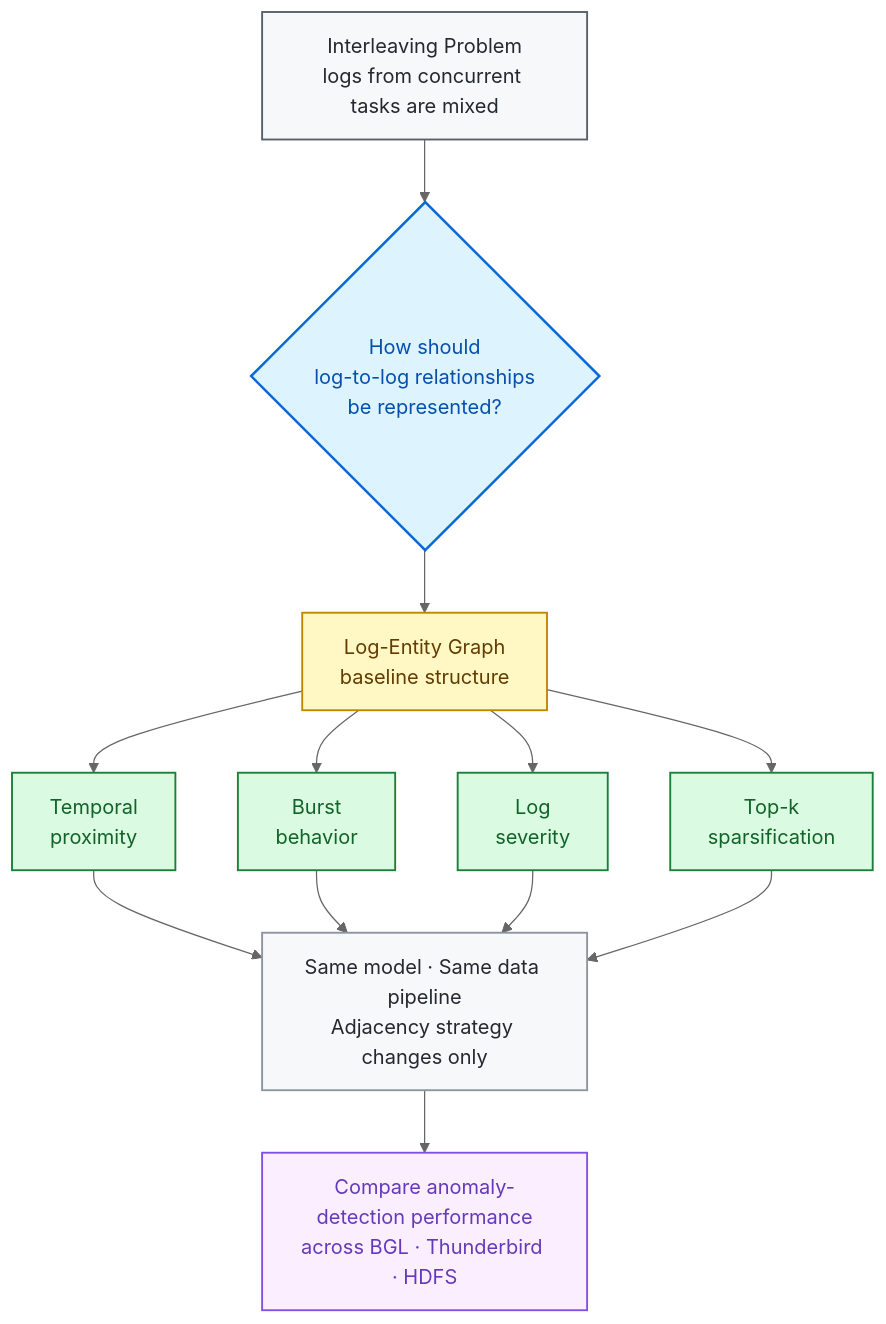
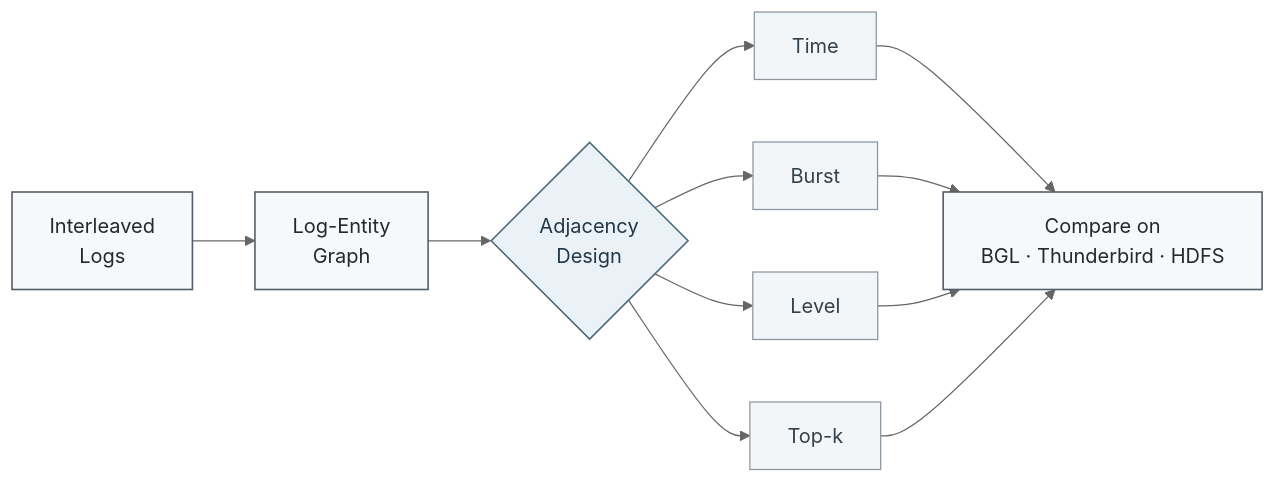
Before and after one commit to prosild/prosild: the first of 2 diagrams in README.md, drawn with Mermaid (neutral theme). The commit also changed other lines of this file, not shown here.

````diff
--- a/README.md
+++ b/README.md
@@ -43,37 +43,23 @@
 ```mermaid
-flowchart TB
-    P["Interleaving Problem<br/>logs from concurrent tasks are mixed"]:::problem
+flowchart LR
+    A["Interleaved<br/>Logs"] --> B["Log-Entity<br/>Graph"]
+    B --> C{"Adjacency<br/>Design"}
 
-    Q{"How should<br/>log-to-log relationships<br/>be represented?"}:::question
+    C --> D1["Time"]
+    C --> D2["Burst"]
+    C --> D3["Level"]
+    C --> D4["Top-k"]
 
-    G["Log-Entity Graph<br/>baseline structure"]:::base
+    D1 --> E["Compare on<br/>BGL · Thunderbird · HDFS"]
+    D2 --> E
+    D3 --> E
+    D4 --> E
 
-    T["Temporal<br/>proximity"]:::signal
-    B["Burst<br/>behavior"]:::signal
-    L["Log<br/>severity"]:::signal
-    K["Top-k<br/>sparsification"]:::signal
+    classDef main fill:#F6F8FA,stroke:#57606A,color:#24292F,stroke-width:1.3px;
+    classDef focus fill:#EAF2F8,stroke:#4F6B7A,color:#233746,stroke-width:1.3px;
+    classDef option fill:#F3F6F8,stroke:#8C959F,color:#34404A,stroke-width:1px;
 
-    X["Same model · Same data pipeline<br/>Adjacency strategy changes only"]:::experiment
-
-    R["Compare anomaly-detection performance<br/>across BGL · Thunderbird · HDFS"]:::result
-
-    P --> Q --> G
-    G --> T
-    G --> B
-    G --> L
-    G --> K
-
-    T --> X
-    B --> X
-    L --> X
-    K --> X
-
-    X --> R
-
-    classDef problem fill:#f6f8fa,stroke:#57606a,color:#24292f,stroke-width:1.5px;
-    classDef question fill:#ddf4ff,stroke:#0969da,color:#0550ae,stroke-width:2px;
-    classDef base fill:#fff8c5,stroke:#bf8700,color:#633c01,stroke-width:1.5px;
-    classDef signal fill:#dafbe1,stroke:#1a7f37,color:#116329,stroke-width:1.5px;
-    classDef experiment fill:#f6f8fa,stroke:#8c959f,color:#24292f,stroke-width:1.5px;
-    classDef result fill:#fbefff,stroke:#8250df,color:#6639ba,stroke-width:1.5px;
+    class A,B,E main;
+    class C focus;
+    class D1,D2,D3,D4 option;
 ```
````
